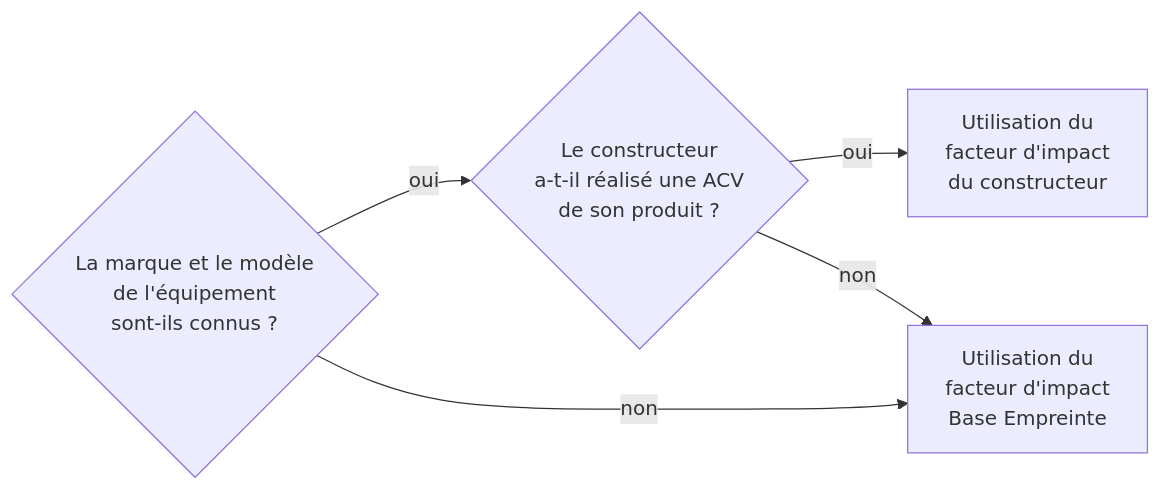
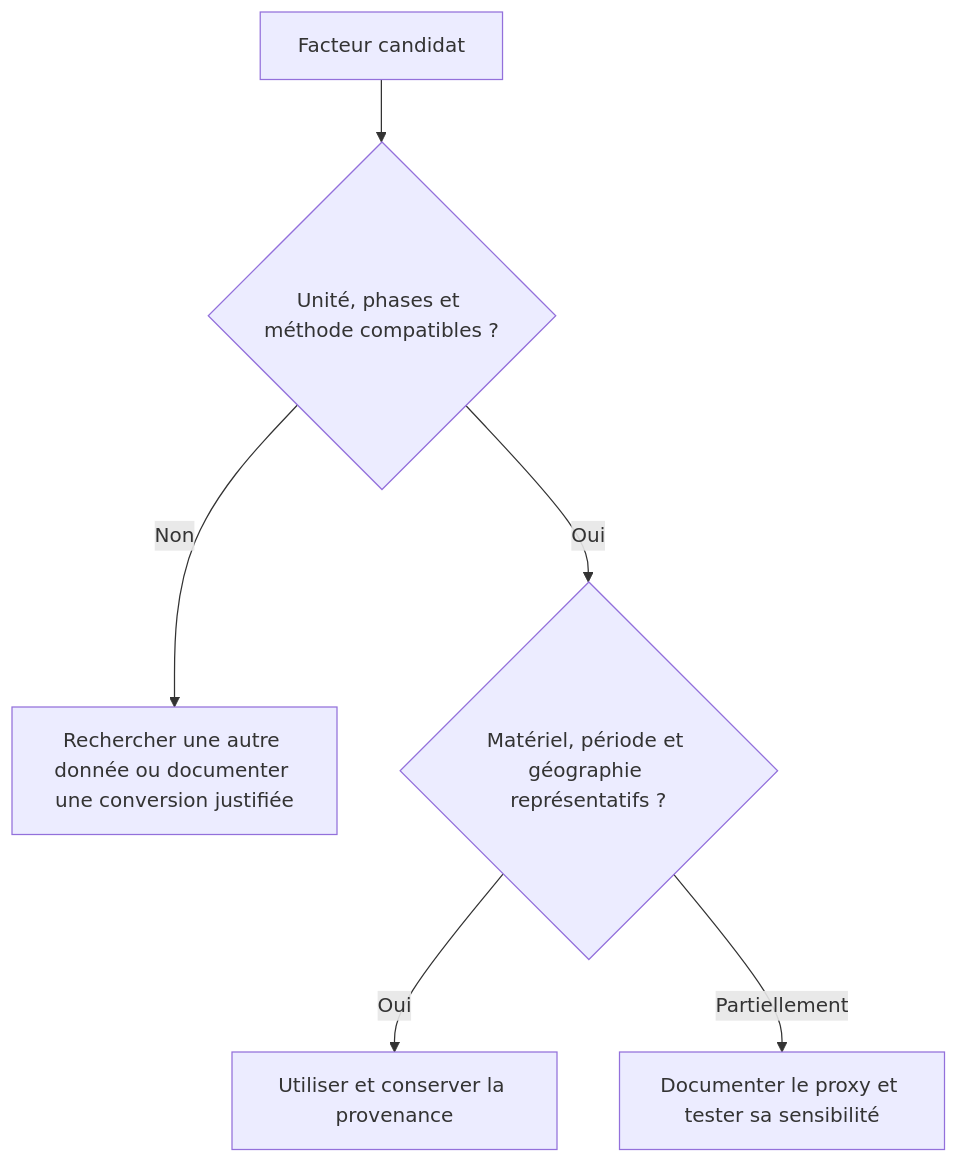
One commit to digital4better/methodology changed the diagram in docs/regles/qualite-des-donnees-et-matrice-de-robustesse.md. Above: the diagram before and after it, drawn with Mermaid. The commit also changed other lines of this file and 193 other files, not shown here.

````diff
--- a/docs/regles/qualite-des-donnees-et-matrice-de-robustesse.md
+++ b/docs/regles/qualite-des-donnees-et-matrice-de-robustesse.md
@@ -108,7 +7,8 @@
 ```mermaid
-flowchart LR
-    A{La marque et le modèle<br>de l'équipement<br>sont-ils connus ?} -- oui --> B{Le constructeur<br>a-t-il réalisé une ACV<br>de son produit ?}
-    A -- non --> C[Utilisation du<br>facteur d'impact<br>Base Empreinte]
-    B -- oui --> D[Utilisation du<br>facteur d'impact<br>du constructeur]
-    B -- non --> C
+flowchart TD
+ A[Facteur candidat] --> B{Unité, phases et méthode compatibles ?}
+ B -- Non --> C[Rechercher une autre donnée ou documenter une conversion justifiée]
+ B -- Oui --> D{Matériel, période et géographie représentatifs ?}
+ D -- Oui --> E[Utiliser et conserver la provenance]
+ D -- Partiellement --> F[Documenter le proxy et tester sa sensibilité]
 ```
````
